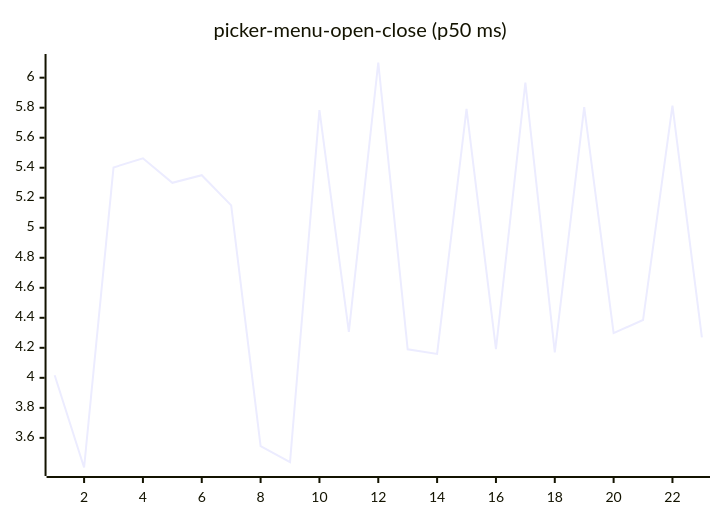
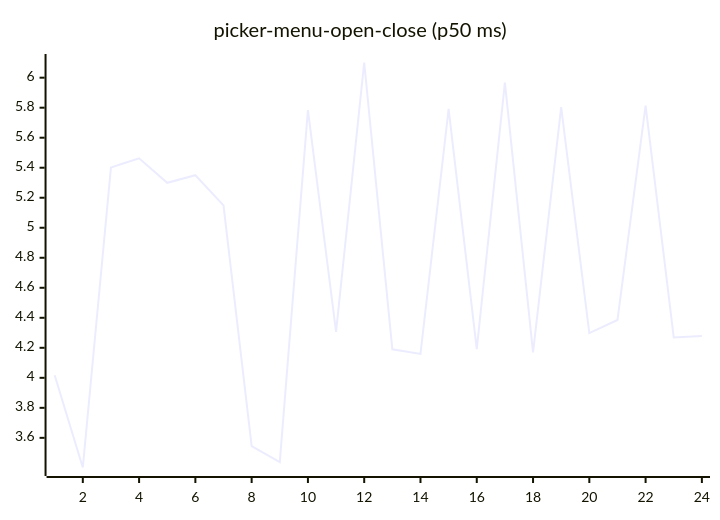
Before and after one commit to josha/Facet: diagram 16 of 27 in README.md, drawn with Mermaid. The commit also changed other lines of this file and 2 other files, not shown here.

````diff
--- a/README.md
+++ b/README.md
@@ -168,6 +168,6 @@
 ```mermaid
 xychart-beta
     title "picker-menu-open-close (p50 ms)"
-    x-axis 1 --> 23
-    line [4.0174, 3.4024, 5.4017, 5.4631, 5.2994, 5.3502, 5.1493, 3.5447, 3.4388, 5.7846, 4.3066, 6.1012, 4.1897, 4.1591, 5.7919, 4.1912, 5.9674, 4.1698, 5.8037, 4.2981, 4.3851, 5.8139, 4.2694]
+    x-axis 1 --> 24
+    line [4.0174, 3.4024, 5.4017, 5.4631, 5.2994, 5.3502, 5.1493, 3.5447, 3.4388, 5.7846, 4.3066, 6.1012, 4.1897, 4.1591, 5.7919, 4.1912, 5.9674, 4.1698, 5.8037, 4.2981, 4.3851, 5.8139, 4.2694, 4.2792]
 ```
````
